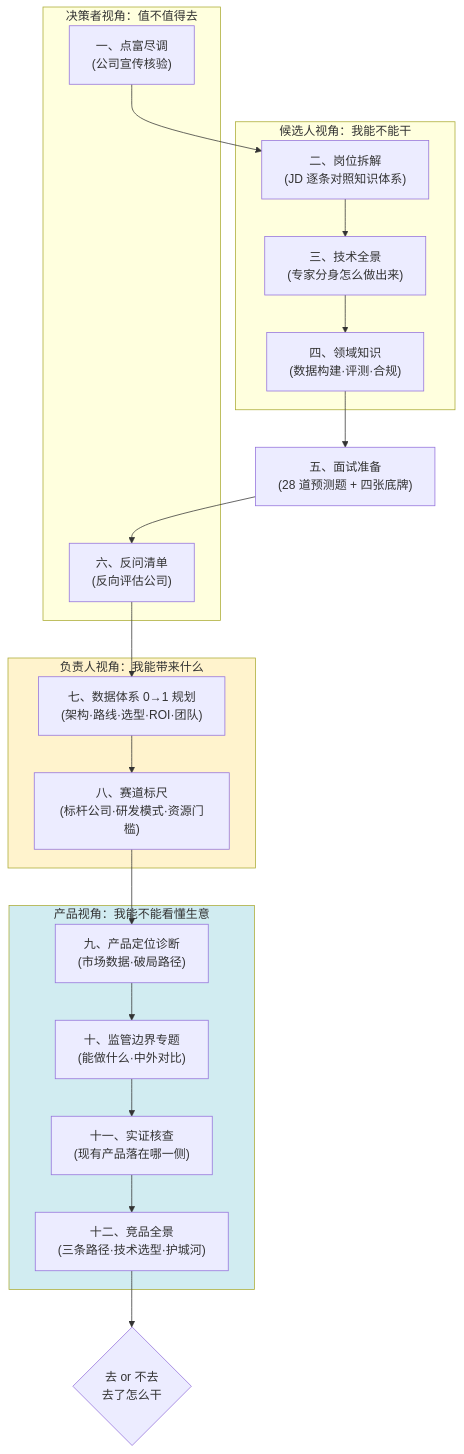
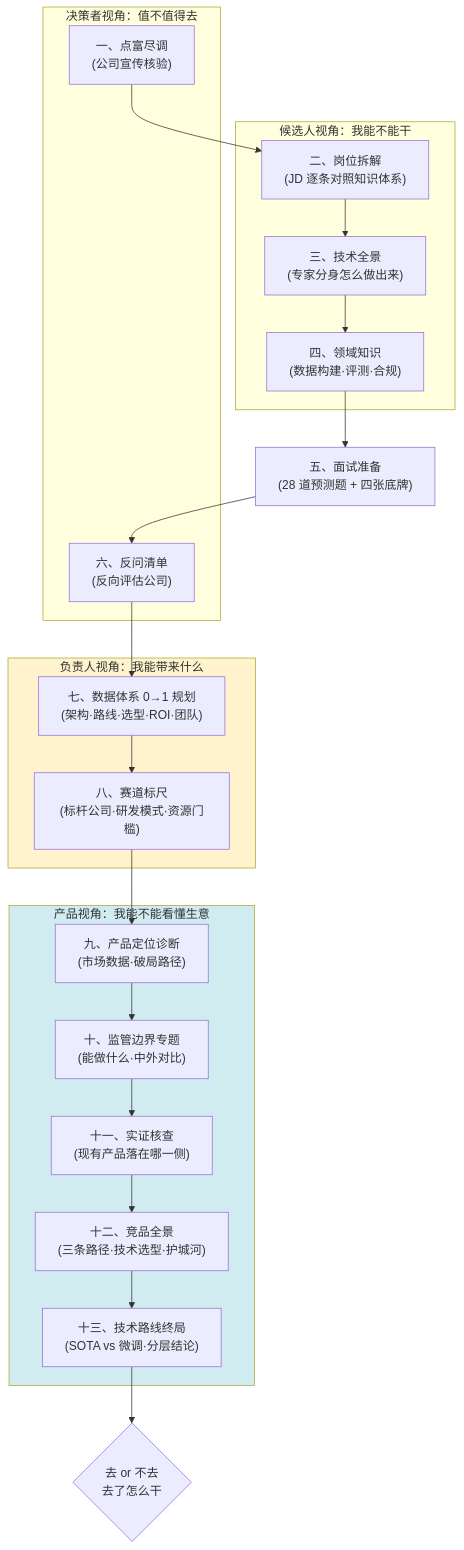
The first of 29 diagrams in part7-ai-engineering/12-案例-点富科技大模型数据评测岗.md (LiPingjiang/Full-Stack-Knowledge-Book), drawn with Mermaid before and after one commit. The commit also changed other lines of this file and 2 other files, not shown here.

````diff
--- a/part7-ai-engineering/12-案例-点富科技大模型数据评测岗.md
+++ b/part7-ai-engineering/12-案例-点富科技大模型数据评测岗.md
@@ -32,29 +32,30 @@
 ```mermaid
 flowchart TD
     subgraph S1["候选人视角：我能不能干"]
         B["二、岗位拆解<br/>(JD 逐条对照知识体系)"]
         C["三、技术全景<br/>(专家分身怎么做出来)"]
         D["四、领域知识<br/>(数据构建·评测·合规)"]
     end
     subgraph S2["决策者视角：值不值得去"]
         A["一、点富尽调<br/>(公司宣传核验)"]
         F["六、反问清单<br/>(反向评估公司)"]
     end
     subgraph S3["负责人视角：我能带来什么"]
         G["七、数据体系 0→1 规划<br/>(架构·路线·选型·ROI·团队)"]
         I["八、赛道标尺<br/>(标杆公司·研发模式·资源门槛)"]
     end
     subgraph S4["产品视角：我能不能看懂生意"]
         J["九、产品定位诊断<br/>(市场数据·破局路径)"]
         K["十、监管边界专题<br/>(能做什么·中外对比)"]
         L["十一、实证核查<br/>(现有产品落在哪一侧)"]
         M["十二、竞品全景<br/>(三条路径·技术选型·护城河)"]
+        N["十三、技术路线终局<br/>(SOTA vs 微调·分层结论)"]
     end
 
     A --> B --> C --> D --> E["五、面试准备<br/>(28 道预测题 + 四张底牌)"]
-    E --> F --> G --> I --> J --> K --> L --> M
-    M --> H{"去 or 不去<br/>去了怎么干"}
+    E --> F --> G --> I --> J --> K --> L --> M --> N
+    N --> H{"去 or 不去<br/>去了怎么干"}
 
     style S3 fill:#fff3cd
     style S4 fill:#d1ecf1
 ```
````
